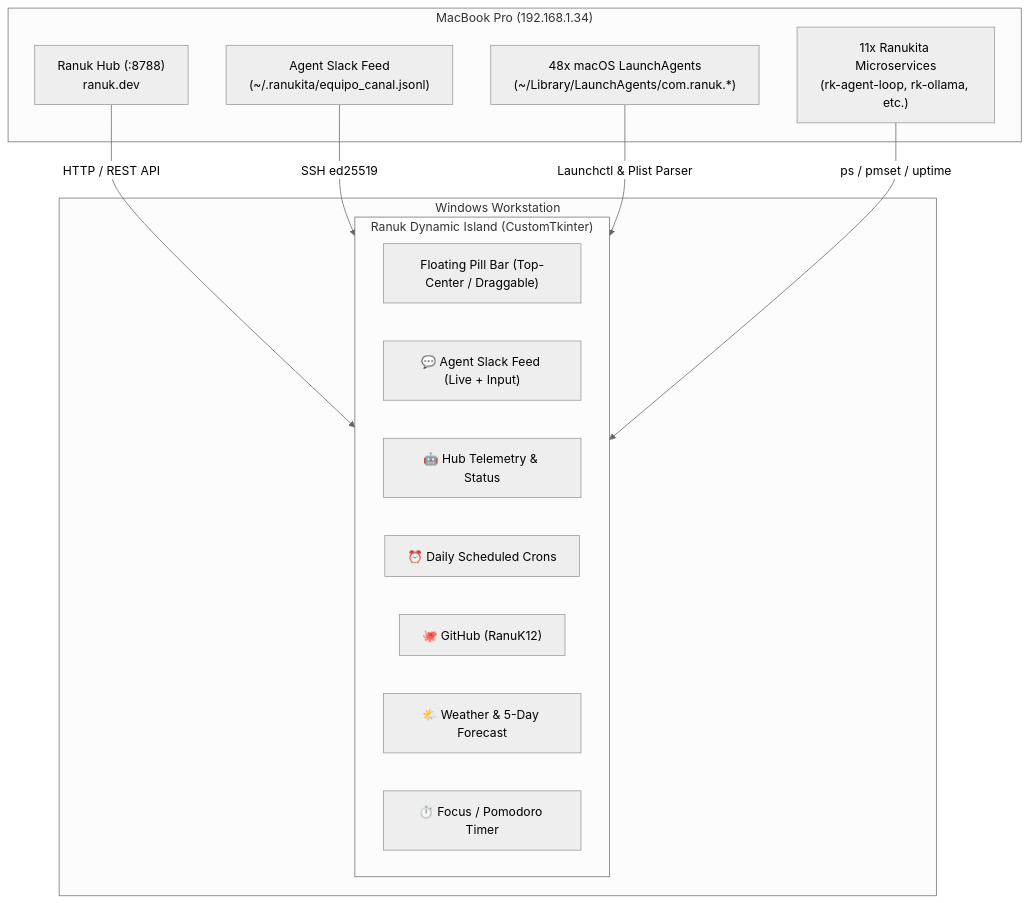
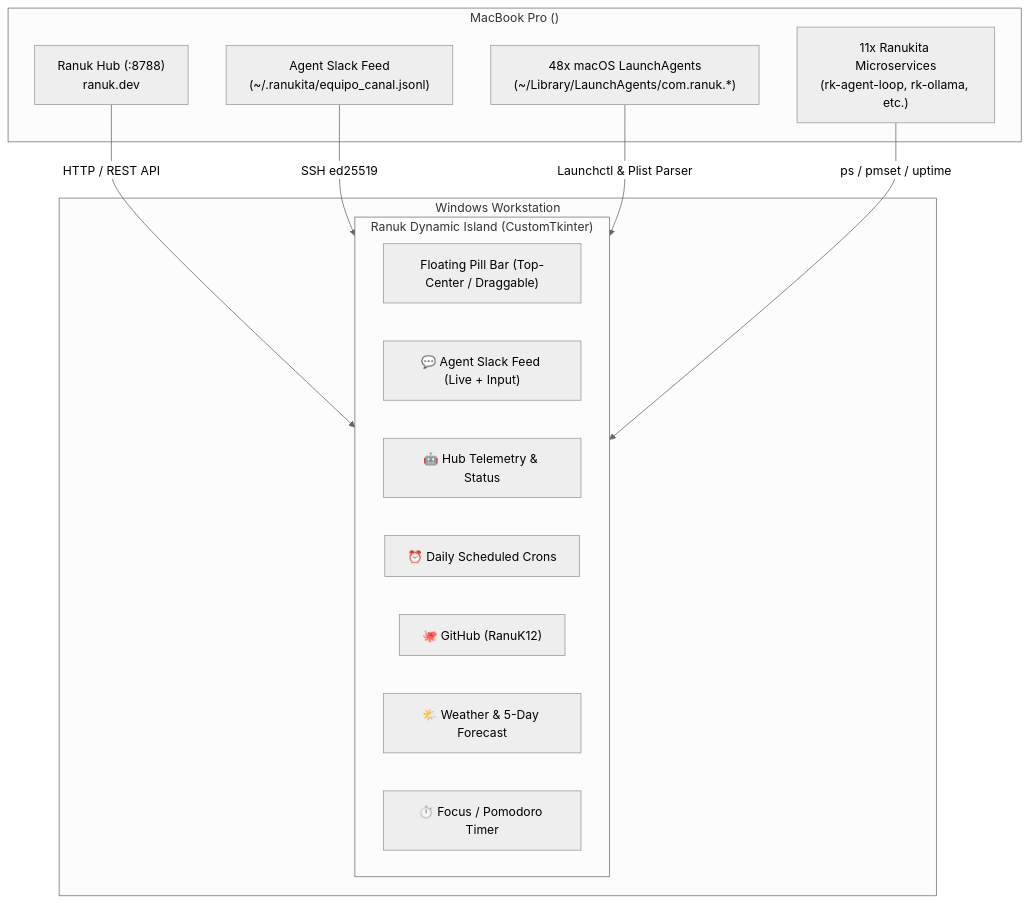
Before and after one commit to RanuK12/Ranuk-Dynamic-Island: the diagram in README.md, drawn with Mermaid (neutral theme). The commit also changed other lines of this file, not shown here.

````diff
--- a/README.md
+++ b/README.md
@@ -30,26 +30,26 @@
 ```mermaid
 flowchart TD
-    subgraph Mac["MacBook Pro (192.168.1.34)"]
+    subgraph Mac["MacBook Pro (<MAC_IP>)"]
         Hub["Ranuk Hub (:8788)\nranuk.dev"]
         Canal["Agent Slack Feed\n(~/.ranukita/equipo_canal.jsonl)"]
         Crons["48x macOS LaunchAgents\n(~/Library/LaunchAgents/com.ranuk.*)"]
         Daemons["11x Ranukita Microservices\n(rk-agent-loop, rk-ollama, etc.)"]
     end
 
     subgraph Windows["Windows Workstation"]
         subgraph Island["Ranuk Dynamic Island (CustomTkinter)"]
             Pill["Floating Pill Bar (Top-Center / Draggable)"]
             TabSlack["💬 Agent Slack Feed (Live + Input)"]
             TabHub["🤖 Hub Telemetry & Status"]
             TabAgenda["⏰ Daily Scheduled Crons"]
             TabGH["🐙 GitHub (RanuK12)"]
             TabWeather["🌤️ Weather & 5-Day Forecast"]
             TabFocus["⏱️ Focus / Pomodoro Timer"]
         end
     end
 
     Hub -- "HTTP / REST API" --> Island
     Canal -- "SSH ed25519" --> Island
     Crons -- "Launchctl & Plist Parser" --> Island
     Daemons -- "ps / pmset / uptime" --> Island
 ```
````
